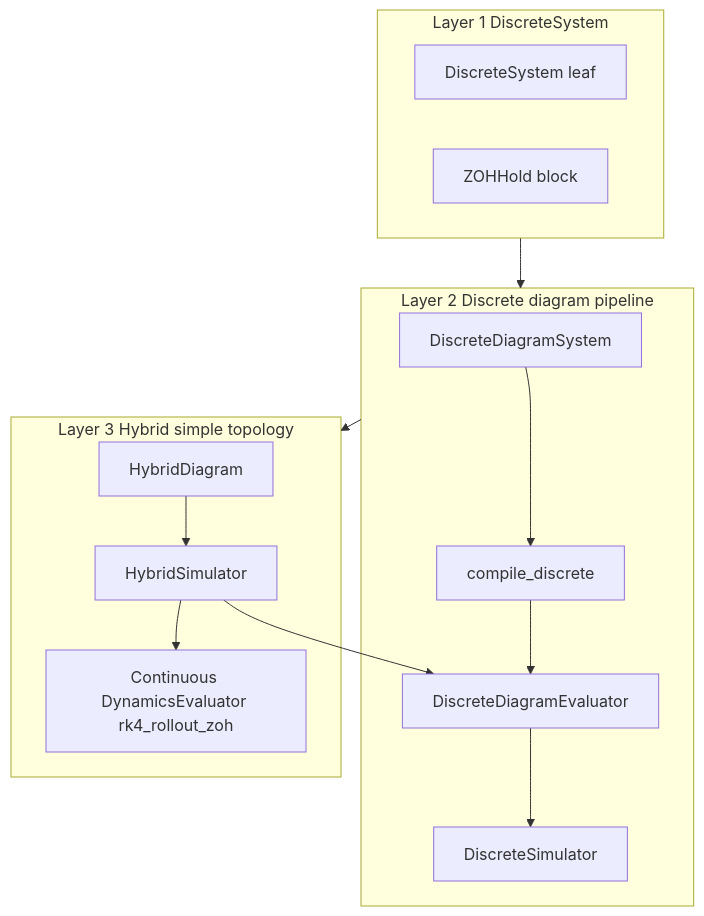
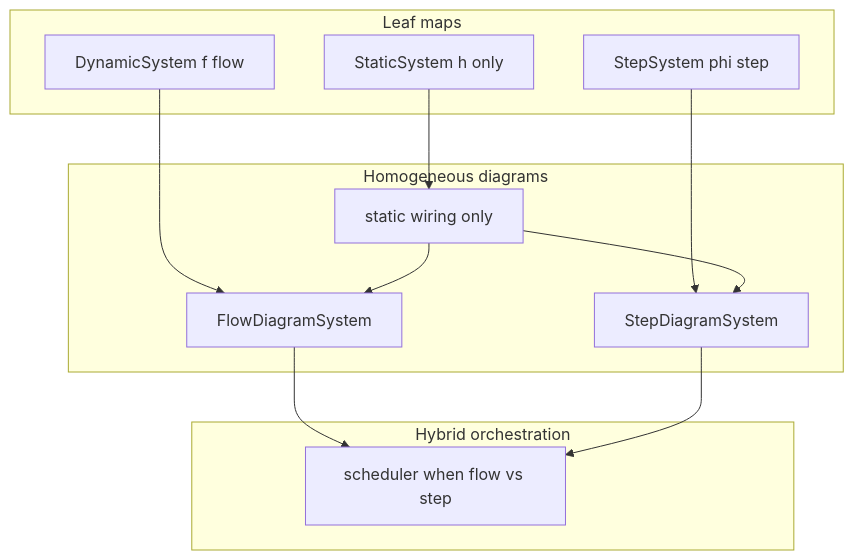
Before and after one commit to alx87grd/minilink: the first of 3 diagrams in docs/plans/hybrid-discrete-simulation.md, drawn with Mermaid. The commit also changed other lines of this file and 1 other file, not shown here.

First line of the commit message:
docs: expand hybrid/step simulation plan with f/phi architecture

````diff
--- a/docs/plans/hybrid-discrete-simulation.md
+++ b/docs/plans/hybrid-discrete-simulation.md
@@ -48,27 +55,26 @@
 ```mermaid
 flowchart TB
-    subgraph layer1 [Layer 1 DiscreteSystem]
-        DS[DiscreteSystem leaf]
-        ZOH[ZOHHold block]
+    subgraph leaves [Leaf maps]
+        ST[StaticSystem h only]
+        FL[DynamicSystem f flow]
+        SP[StepSystem phi step]
     end
 
-    subgraph layer2 [Layer 2 Discrete diagram pipeline]
-        DDS[DiscreteDiagramSystem]
-        DC[compile_discrete]
-        DE[DiscreteDiagramEvaluator]
-        DSim[DiscreteSimulator]
-        DDS --> DC --> DE --> DSim
+    subgraph diagrams [Homogeneous diagrams]
+        D0[static wiring only]
+        DF[FlowDiagramSystem]
+        DS[StepDiagramSystem]
     end
 
-    subgraph layer3 [Layer 3 Hybrid simple topology]
-        HD[HybridDiagram]
-        HS[HybridSimulator]
-        CE[Continuous DynamicsEvaluator rk4_rollout_zoh]
-        HD --> HS
-        HS --> DE
-        HS --> CE
+    subgraph orch [Hybrid orchestration]
+        O[scheduler when flow vs step]
     end
 
-    layer1 --> layer2
-    layer2 --> layer3
+    ST --> D0
+    FL --> DF
+    SP --> DS
+    D0 --> DF
+    D0 --> DS
+    DF --> O
+    DS --> O
 ```
````
